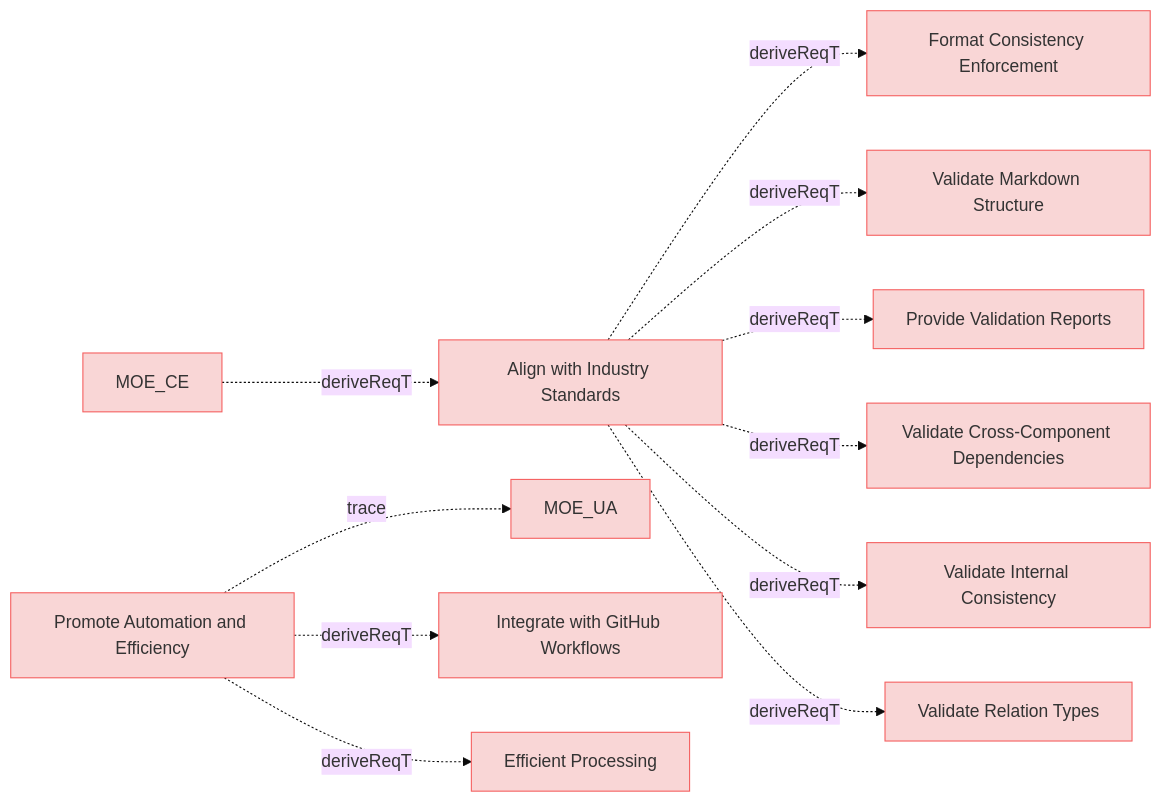
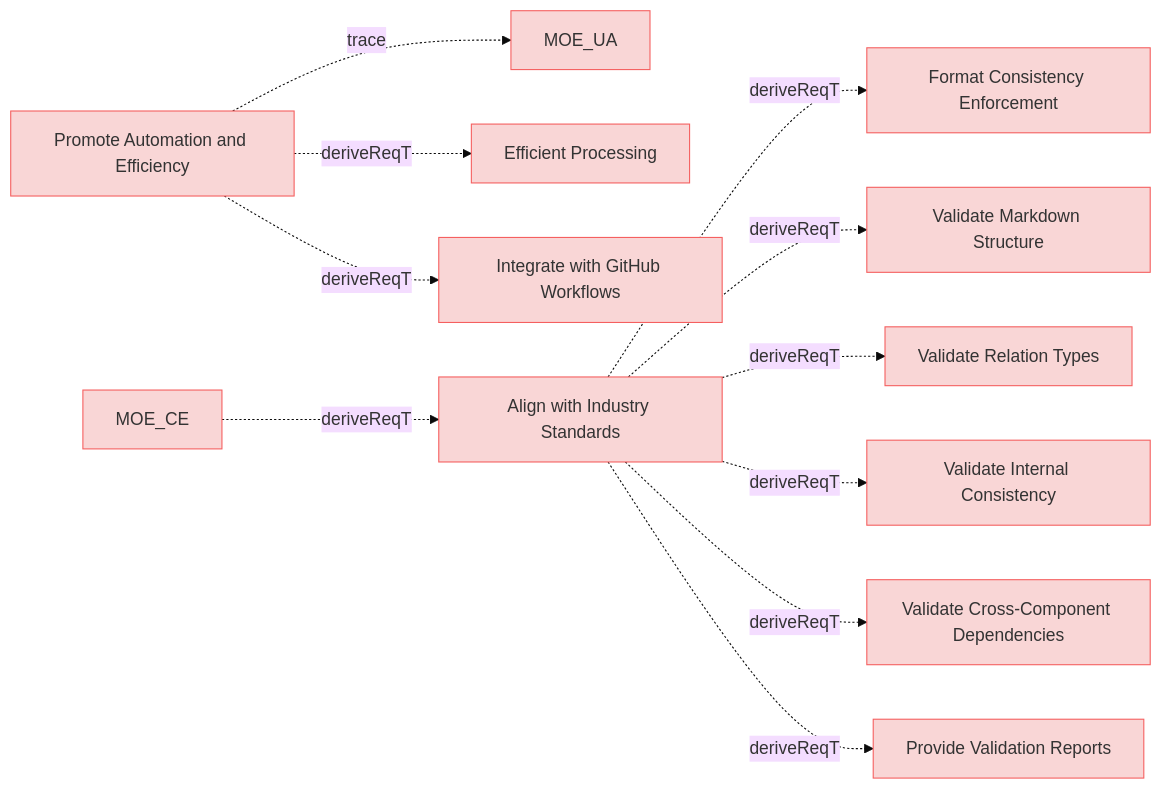
The diagram in specifications/MissionRequirements.md (reqvire-org/reqvire), drawn with Mermaid (base theme) before and after one commit. The commit also changed other lines of this file and 26 other files, not shown here.

````diff
--- a/specifications/MissionRequirements.md
+++ b/specifications/MissionRequirements.md
@@ -5,56 +5,56 @@
 ```mermaid
 graph LR;
   %% REQVIRE-AUTOGENERATED-DIAGRAM
   %% Graph styling
   classDef userRequirement fill:#f9d6d6,stroke:#f55f5f,stroke-width:1px;
   classDef systemRequirement fill:#fce4e4,stroke:#e68a8a,stroke-width:1px;
   classDef verification fill:#d6f9d6,stroke:#5fd75f,stroke-width:1px;
   classDef default fill:#f5f5f5,stroke:#333333,stroke-width:1px;
 
+  80166c5161b33956["Promote Automation and Efficiency"];
+  class 80166c5161b33956 userRequirement;
+  click 80166c5161b33956 "MissionRequirements.md#promote-automation-and-efficiency";
+  2c5f30f14e792200["MOE_UA"];
+  class 2c5f30f14e792200 userRequirement;
+  click 2c5f30f14e792200 "MOEs.md#moe_ua";
+  80166c5161b33956 -.->|trace| 2c5f30f14e792200;
+  d193d11c43776bec["Efficient Processing"];
+  class d193d11c43776bec userRequirement;
+  click d193d11c43776bec "ManagingMbseModelsRequirements.md#efficient-processing";
+  80166c5161b33956 -.->|deriveReqT| d193d11c43776bec;
+  98eaeddc27f99e11["Integrate with GitHub Workflows"];
+  class 98eaeddc27f99e11 userRequirement;
+  click 98eaeddc27f99e11 "UserStories.md#integrate-with-github-workflows";
+  80166c5161b33956 -.->|deriveReqT| 98eaeddc27f99e11;
   b74eec7ed767e7c["Align with Industry Standards"];
   class b74eec7ed767e7c userRequirement;
   click b74eec7ed767e7c "MissionRequirements.md#align-with-industry-standards";
   974ccf933675ef44["Format Consistency Enforcement"];
   class 974ccf933675ef44 userRequirement;
   click 974ccf933675ef44 "UserRequirements.md#format-consistency-enforcement";
   b74eec7ed767e7c -.->|deriveReqT| 974ccf933675ef44;
   586b073cd97908da["Validate Markdown Structure"];
   class 586b073cd97908da userRequirement;
   click 586b073cd97908da "UserRequirements.md#validate-markdown-structure";
   b74eec7ed767e7c -.->|deriveReqT| 586b073cd97908da;
+  f25cbfbca6d6d92e["Validate Relation Types"];
+  class f25cbfbca6d6d92e userRequirement;
+  click f25cbfbca6d6d92e "UserRequirements.md#validate-relation-types";
+  b74eec7ed767e7c -.->|deriveReqT| f25cbfbca6d6d92e;
+  c50887ce89be280a["Validate Internal Consistency"];
+  class c50887ce89be280a userRequirement;
+  click c50887ce89be280a "UserRequirements.md#validate-internal-consistency";
+  b74eec7ed767e7c -.->|deriveReqT| c50887ce89be280a;
+  3bd9d29239564eeb["Validate Cross-Component Dependencies"];
+  class 3bd9d29239564eeb userRequirement;
+  click 3bd9d29239564eeb "UserRequirements.md#validate-cross-component-dependencies";
+  b74eec7ed767e7c -.->|deriveReqT| 3bd9d29239564eeb;
   ed31b6bed1cde2f8["Provide Validation Reports"];
   class ed31b6bed1cde2f8 userRequirement;
   click ed31b6bed1cde2f8 "UserRequirements.md#provide-validation-reports";
   b74eec7ed767e7c -.->|deriveReqT| ed31b6bed1cde2f8;
-  3bd9d29239564eeb["Validate Cross-Component Dependencies"];
-  class 3bd9d29239564eeb userRequirement;
-  click 3bd9d29239564eeb "UserRequirements.md#validate-cross-component-dependencies";
-  b74eec7ed767e7c -.->|deriveReqT| 3bd9d29239564eeb;
-  c50887ce89be280a["Validate Internal Consistency"];
-  class c50887ce89be280a userRequirement;
-  click c50887ce89be280a "UserRequirements.md#validate-internal-consistency";
-  b74eec7ed767e7c -.->|deriveReqT| c50887ce89be280a;
-  f25cbfbca6d6d92e["Validate Relation Types"];
-  class f25cbfbca6d6d92e userRequirement;
-  click f25cbfbca6d6d92e "UserRequirements.md#validate-relation-types";
-  b74eec7ed767e7c -.->|deriveReqT| f25cbfbca6d6d92e;
-  80166c5161b33956["Promote Automation and Efficiency"];
-  class 80166c5161b33956 userRequirement;
-  click 80166c5161b33956 "MissionRequirements.md#promote-automation-and-efficiency";
-  2c5f30f14e792200["MOE_UA"];
-  class 2c5f30f14e792200 userRequirement;
-  click 2c5f30f14e792200 "MOEs.md#moe_ua";
-  80166c5161b33956 -.->|trace| 2c5f30f14e792200;
-  98eaeddc27f99e11["Integrate with GitHub Workflows"];
-  class 98eaeddc27f99e11 userRequirement;
-  click 98eaeddc27f99e11 "UserStories.md#integrate-with-github-workflows";
-  80166c5161b33956 -.->|deriveReqT| 98eaeddc27f99e11;
-  d193d11c43776bec["Efficient Processing"];
-  class d193d11c43776bec userRequirement;
-  click d193d11c43776bec "ManagingMbseModelsRequirements.md#efficient-processing";
-  80166c5161b33956 -.->|deriveReqT| d193d11c43776bec;
   e9ad540a6411a0fc["MOE_CE"];
   class e9ad540a6411a0fc userRequirement;
   click e9ad540a6411a0fc "MOEs.md#moe_ce";
   e9ad540a6411a0fc -.->|deriveReqT| b74eec7ed767e7c;
 ```
````
